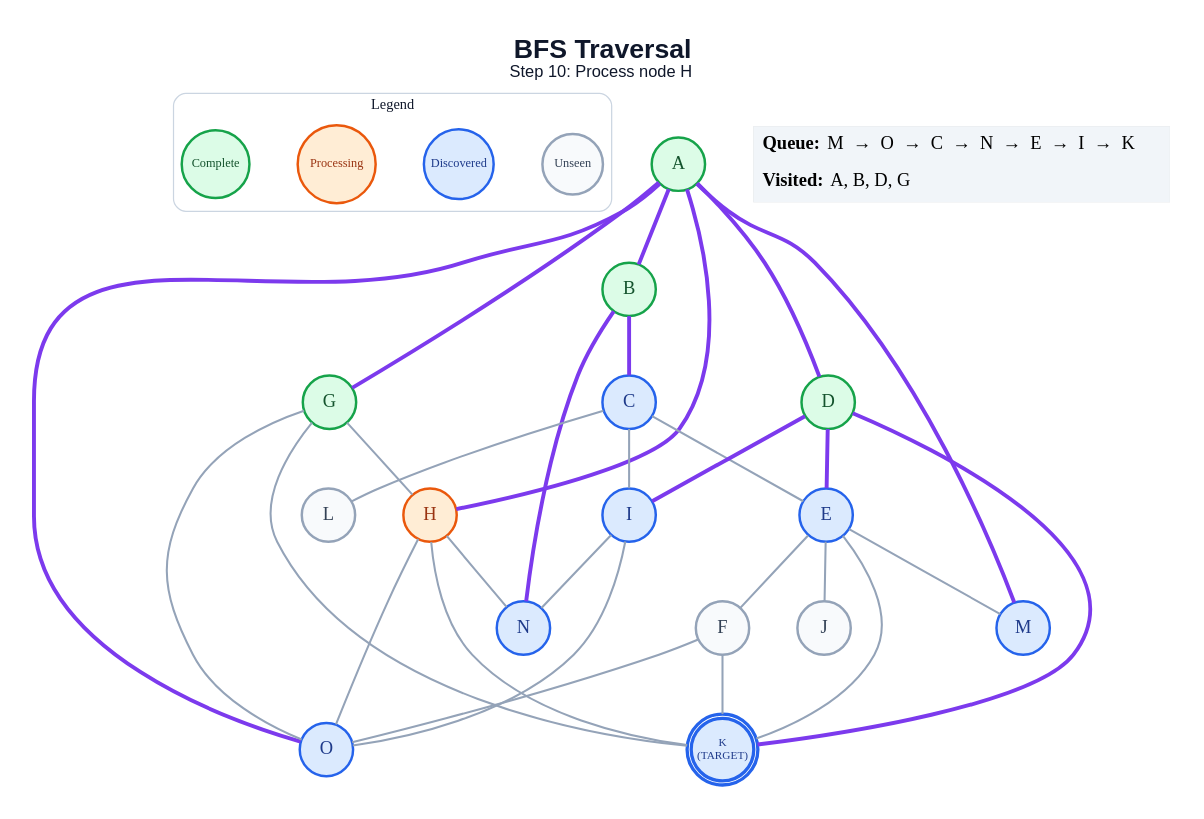
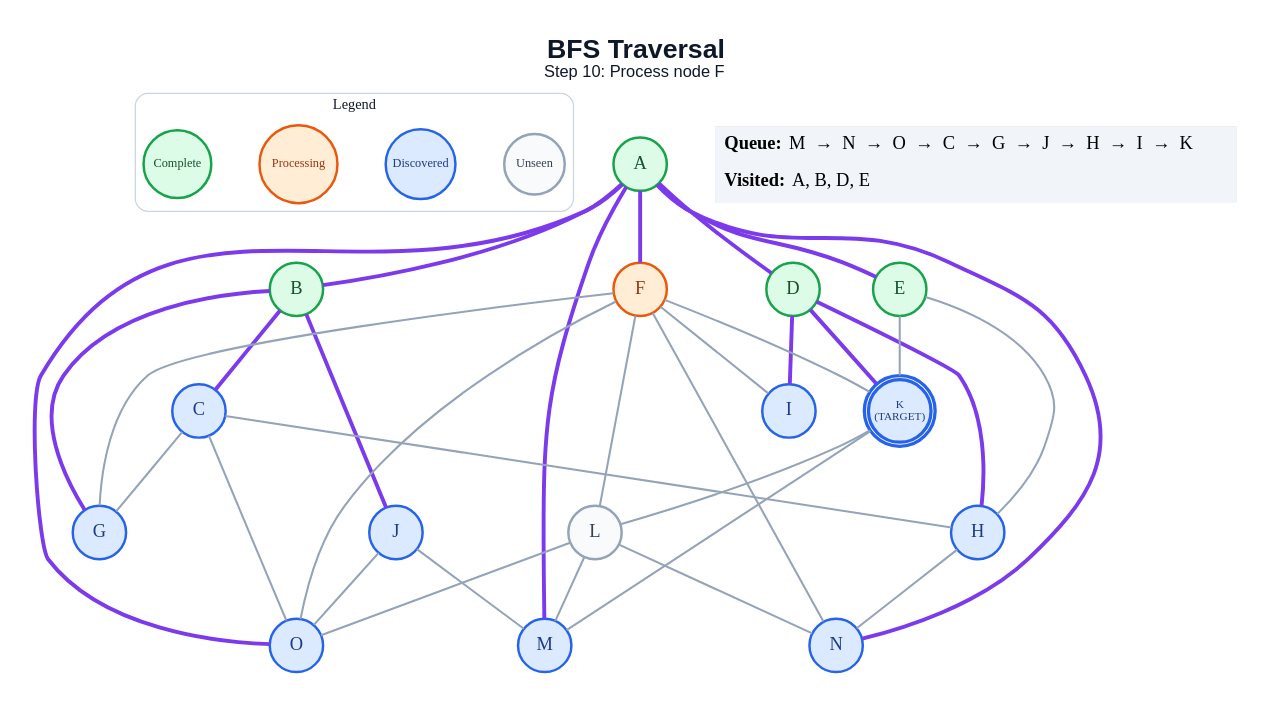
The diagram in generated/bfs/step_10.dot (anon7238593-create/ai-slop), drawn with Graphviz before and after one commit. The commit also changed 260 other files, not shown here.

```diff
--- a/generated/bfs/step_10.dot
+++ b/generated/bfs/step_10.dot
@@ -1,62 +1,66 @@
 graph traversal {
   graph [layout=dot, rankdir=TB, bgcolor="#FFFFFF", pad="0.35", nodesep="0.65", ranksep="0.8", fontname="Arial"];
   node [shape=circle, style="filled", fontname="Arial Bold", fontsize=18, width=0.72, fixedsize=true, penwidth=2.4];
   edge [color="#94A3B8", penwidth=2.0];
-  label=<<B>BFS Traversal</B><BR/><FONT POINT-SIZE="16">Step 10: Process node H</FONT>>; labelloc="t"; fontsize=26; fontname="Arial"; fontcolor="#0F172A";
+  label=<<B>BFS Traversal</B><BR/><FONT POINT-SIZE="16">Step 10: Process node F</FONT>>; labelloc="t"; fontsize=26; fontname="Arial"; fontcolor="#0F172A";
   subgraph cluster_legend { label="Legend"; color="#CBD5E1"; penwidth=1.2; style="rounded"; fontsize=14; fontname="Arial Bold";
     key_unseen [label="Unseen", fillcolor="#F8FAFC", color="#94A3B8", fontcolor="#334155", fontsize=12, width=0.82];
     key_frontier [label="Discovered", fillcolor="#DBEAFE", color="#2563EB", fontcolor="#1E3A8A", fontsize=12, width=0.95];
     key_current [label="Processing", fillcolor="#FFEDD5", color="#EA580C", fontcolor="#9A3412", fontsize=12, width=1.05];
     key_done [label="Complete", fillcolor="#DCFCE7", color="#16A34A", fontcolor="#14532D", fontsize=12, width=0.92];
     { rank=same; key_unseen; key_frontier; key_current; key_done; }
   }
   A [label="A", fillcolor="#DCFCE7", color="#16A34A", fontcolor="#14532D", peripheries=1, penwidth=2.4];
   B [label="B", fillcolor="#DCFCE7", color="#16A34A", fontcolor="#14532D", peripheries=1, penwidth=2.4];
   C [label="C", fillcolor="#DBEAFE", color="#2563EB", fontcolor="#1E3A8A", peripheries=1, penwidth=2.4];
   D [label="D", fillcolor="#DCFCE7", color="#16A34A", fontcolor="#14532D", peripheries=1, penwidth=2.4];
-  E [label="E", fillcolor="#DBEAFE", color="#2563EB", fontcolor="#1E3A8A", peripheries=1, penwidth=2.4];
-  F [label="F", fillcolor="#F8FAFC", color="#94A3B8", fontcolor="#334155", peripheries=1, penwidth=2.4];
-  G [label="G", fillcolor="#DCFCE7", color="#16A34A", fontcolor="#14532D", peripheries=1, penwidth=2.4];
-  H [label="H", fillcolor="#FFEDD5", color="#EA580C", fontcolor="#9A3412", peripheries=1, penwidth=2.4];
+  E [label="E", fillcolor="#DCFCE7", color="#16A34A", fontcolor="#14532D", peripheries=1, penwidth=2.4];
+  F [label="F", fillcolor="#FFEDD5", color="#EA580C", fontcolor="#9A3412", peripheries=1, penwidth=2.4];
+  G [label="G", fillcolor="#DBEAFE", color="#2563EB", fontcolor="#1E3A8A", peripheries=1, penwidth=2.4];
+  H [label="H", fillcolor="#DBEAFE", color="#2563EB", fontcolor="#1E3A8A", peripheries=1, penwidth=2.4];
   I [label="I", fillcolor="#DBEAFE", color="#2563EB", fontcolor="#1E3A8A", peripheries=1, penwidth=2.4];
-  J [label="J", fillcolor="#F8FAFC", color="#94A3B8", fontcolor="#334155", peripheries=1, penwidth=2.4];
+  J [label="J", fillcolor="#DBEAFE", color="#2563EB", fontcolor="#1E3A8A", peripheries=1, penwidth=2.4];
   K [label="K\n(TARGET)", fillcolor="#DBEAFE", color="#2563EB", fontcolor="#1E3A8A", peripheries=2, penwidth=3.2, fontsize=11, width=0.85, height=0.85];
   L [label="L", fillcolor="#F8FAFC", color="#94A3B8", fontcolor="#334155", peripheries=1, penwidth=2.4];
   M [label="M", fillcolor="#DBEAFE", color="#2563EB", fontcolor="#1E3A8A", peripheries=1, penwidth=2.4];
   N [label="N", fillcolor="#DBEAFE", color="#2563EB", fontcolor="#1E3A8A", peripheries=1, penwidth=2.4];
   O [label="O", fillcolor="#DBEAFE", color="#2563EB", fontcolor="#1E3A8A", peripheries=1, penwidth=2.4];
   A -- B [color="#7C3AED", penwidth=3.8];
   A -- D [color="#7C3AED", penwidth=3.8];
-  A -- G [color="#7C3AED", penwidth=3.8];
-  A -- H [color="#7C3AED", penwidth=3.8];
+  A -- E [color="#7C3AED", penwidth=3.8];
+  A -- F [color="#7C3AED", penwidth=3.8];
   A -- M [color="#7C3AED", penwidth=3.8];
+  A -- N [color="#7C3AED", penwidth=3.8];
   A -- O [color="#7C3AED", penwidth=3.8];
   B -- C [color="#7C3AED", penwidth=3.8];
-  B -- N [color="#7C3AED", penwidth=3.8];
-  C -- E;
-  C -- I;
-  C -- L;
-  D -- E [color="#7C3AED", penwidth=3.8];
+  B -- G [color="#7C3AED", penwidth=3.8];
+  B -- J [color="#7C3AED", penwidth=3.8];
+  C -- G;
+  C -- H;
+  C -- O;
+  D -- H [color="#7C3AED", penwidth=3.8];
   D -- I [color="#7C3AED", penwidth=3.8];
   D -- K [color="#7C3AED", penwidth=3.8];
-  E -- F;
-  E -- J;
+  E -- H;
   E -- K;
-  E -- M;
+  F -- G;
+  F -- I;
   F -- K;
+  F -- L;
+  F -- N;
   F -- O;
-  G -- H;
-  G -- K;
-  G -- O;
-  H -- K;
   H -- N;
-  H -- O;
-  I -- N;
-  I -- O;
+  J -- M;
+  J -- O;
+  K -- L;
+  K -- M;
+  L -- M;
+  L -- N;
+  L -- O;
   status [shape=plain, fixedsize=false, width=0, height=0, margin=0, label=<
     <TABLE BORDER="0" CELLBORDER="0" CELLPADDING="7" BGCOLOR="#F1F5F9">
-      <TR><TD ALIGN="LEFT"><B>Queue:</B> M  →  O  →  C  →  N  →  E  →  I  →  K</TD></TR>
-      <TR><TD ALIGN="LEFT"><B>Visited:</B> A, B, D, G</TD></TR>
+      <TR><TD ALIGN="LEFT"><B>Queue:</B> M  →  N  →  O  →  C  →  G  →  J  →  H  →  I  →  K</TD></TR>
+      <TR><TD ALIGN="LEFT"><B>Visited:</B> A, B, D, E</TD></TR>
     </TABLE>
   >];
 }
```
